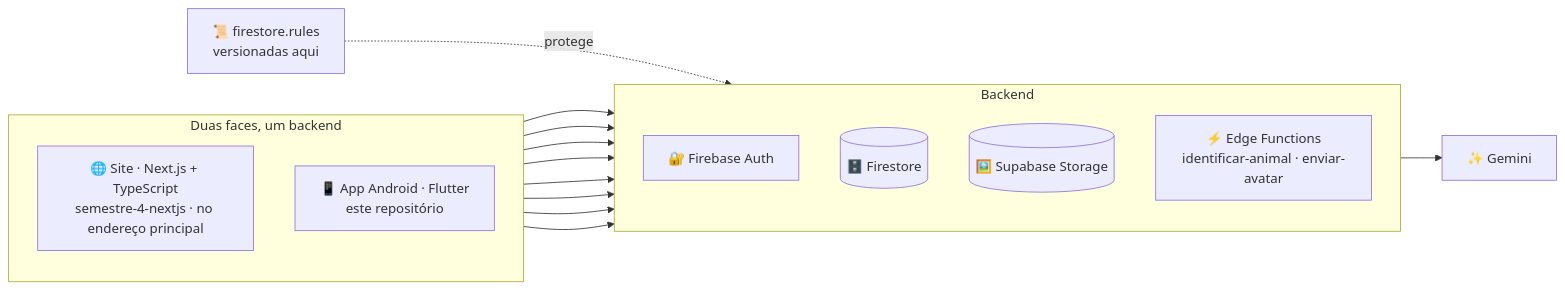
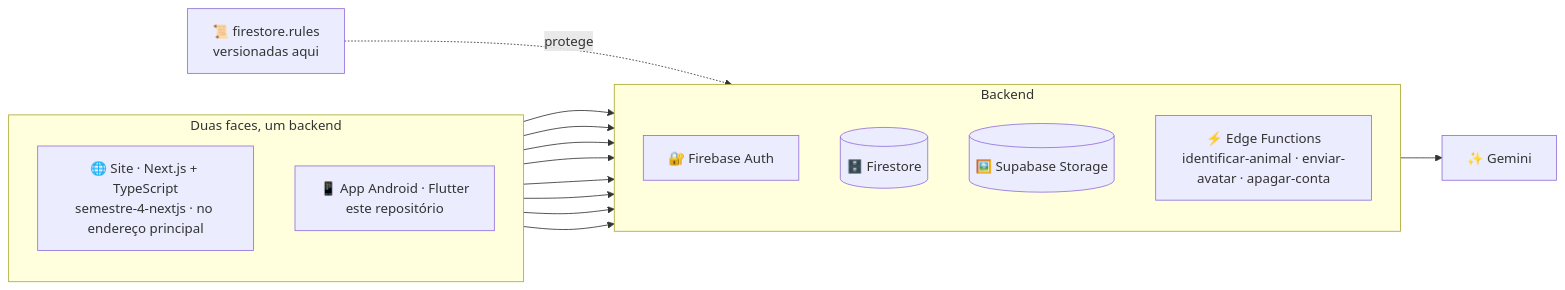
The diagram in README.md (ecomap-devs/semestre-4-flutter), drawn with Mermaid before and after one commit. The commit also changed other lines of this file and 6 other files, not shown here.

First line of the commit message:
Adicionar o botão de apagar conta no app

````diff
--- a/README.md
+++ b/README.md
@@ -43,19 +43,19 @@
 ```mermaid
 flowchart LR
     subgraph faces[Duas faces, um backend]
         direction TB
         web["🌐 Site · Next.js + TypeScript<br/>semestre-4-nextjs · no endereço principal"]
         app["📱 App Android · Flutter<br/>este repositório"]
     end
     subgraph backend[Backend]
         direction TB
         auth[🔐 Firebase Auth]
         fs[(🗄️ Firestore)]
         sb[(🖼️ Supabase Storage)]
-        fn["⚡ Edge Functions<br/>identificar-animal · enviar-avatar"]
+        fn["⚡ Edge Functions<br/>identificar-animal · enviar-avatar · apagar-conta"]
     end
     web --> auth & fs & sb & fn
     app --> auth & fs & sb & fn
     fn --> gemini["✨ Gemini"]
     regras["📜 firestore.rules<br/>versionadas aqui"] -. protege .-> fs
 ```
````
